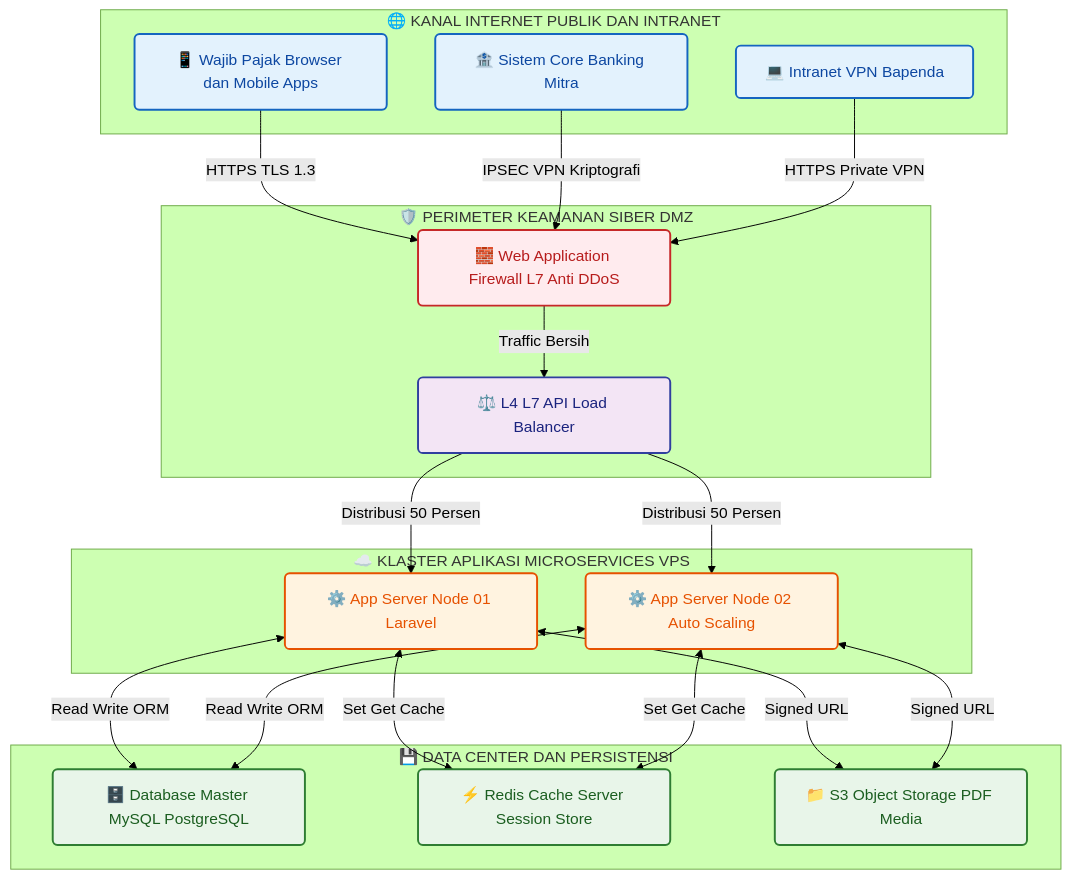
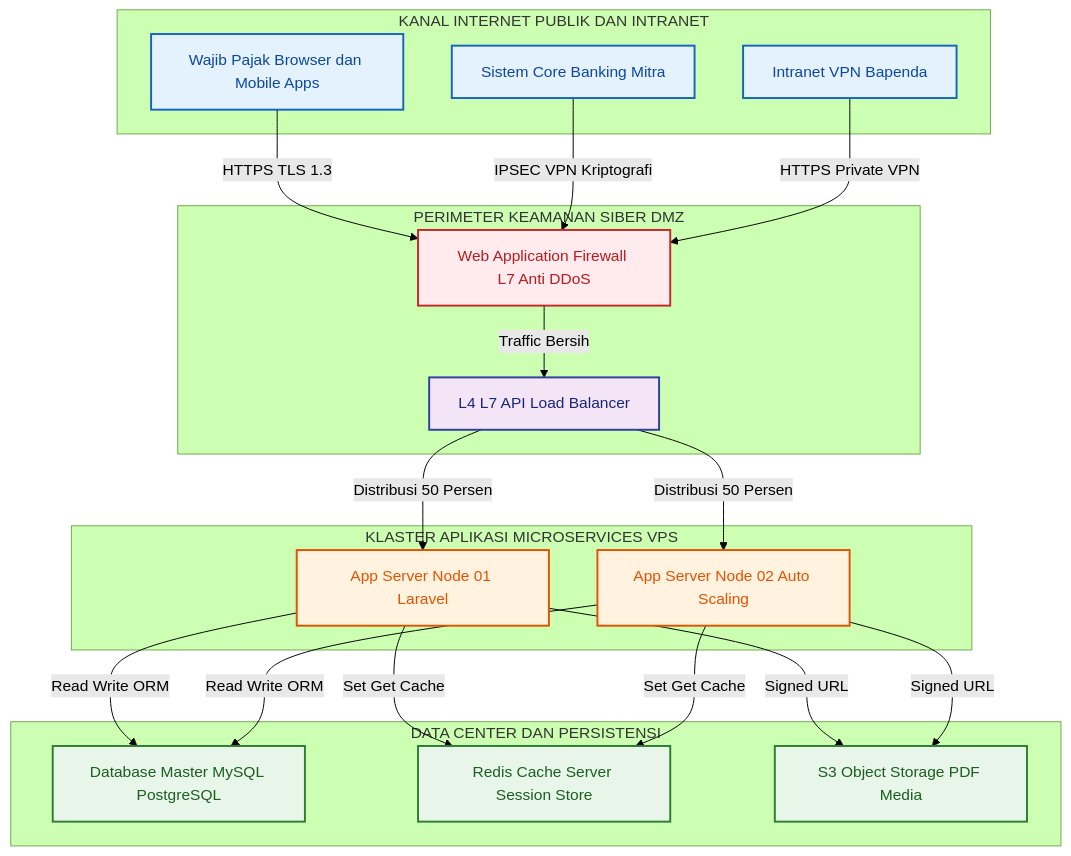
Before and after one commit to arif-rizal1122/retribusi-api: the first of 4 diagrams in docs/Dokumen_Perencanaan_Sistem_Pendapatan_Baubau.md, drawn with Mermaid (forest theme). The commit also changed other lines of this file and 68 other files, not shown here.

Commit message:
Fix mermaid syntax reserved keyword 'end' and bidirectional arrows

```diff
--- a/docs/Dokumen_Perencanaan_Sistem_Pendapatan_Baubau.md
+++ b/docs/Dokumen_Perencanaan_Sistem_Pendapatan_Baubau.md
@@ -85,46 +85,46 @@
-<div class="mermaid">
+<div class="mermaid" style="max-width: 800px; margin: 20px auto;">
 flowchart TD
-    classDef cloud fill:#e3f2fd,stroke:#1565c0,stroke-width:2px,color:#0d47a1,rx:5px,ry:5px
-    classDef server fill:#fff3e0,stroke:#e65100,stroke-width:2px,color:#e65100,rx:5px,ry:5px
-    classDef db fill:#e8f5e9,stroke:#2e7d32,stroke-width:2px,color:#1b5e20,rx:5px,ry:5px
-    classDef firewall fill:#ffebee,stroke:#c62828,stroke-width:2px,color:#b71c1c,rx:5px,ry:5px
-    classDef network fill:#f3e5f5,stroke:#303f9f,stroke-width:2px,color:#1a237e,rx:5px,ry:5px
+    classDef cloud fill:#e3f2fd,stroke:#1565c0,stroke-width:2px,color:#0d47a1
+    classDef server fill:#fff3e0,stroke:#e65100,stroke-width:2px,color:#e65100
+    classDef db fill:#e8f5e9,stroke:#2e7d32,stroke-width:2px,color:#1b5e20
+    classDef firewall fill:#ffebee,stroke:#c62828,stroke-width:2px,color:#b71c1c
+    classDef network fill:#f3e5f5,stroke:#303f9f,stroke-width:2px,color:#1a237e
 
-    subgraph AreaPublik ["🌐 KANAL INTERNET PUBLIK DAN INTRANET"]
-        Warga["📱 Wajib Pajak Browser dan Mobile Apps"]:::cloud
-        Perbankan["🏦 Sistem Core Banking Mitra"]:::cloud
-        Petugas["💻 Intranet VPN Bapenda"]:::cloud
+    subgraph AreaPublik[KANAL INTERNET PUBLIK DAN INTRANET]
+        Warga[Wajib Pajak Browser dan Mobile Apps]:::cloud
+        Perbankan[Sistem Core Banking Mitra]:::cloud
+        Petugas[Intranet VPN Bapenda]:::cloud
     end
 
-    subgraph AreaKeamanan ["🛡️ PERIMETER KEAMANAN SIBER DMZ"]
-        WAF["🧱 Web Application Firewall L7 Anti DDoS"]:::firewall
-        LB["⚖️ L4 L7 API Load Balancer"]:::network
+    subgraph AreaKeamanan[PERIMETER KEAMANAN SIBER DMZ]
+        WAF[Web Application Firewall L7 Anti DDoS]:::firewall
+        LB[L4 L7 API Load Balancer]:::network
     end
 
-    subgraph AreaVPS ["☁️ KLASTER APLIKASI MICROSERVICES VPS"]
-        Node1["⚙️ App Server Node 01 Laravel"]:::server
-        Node2["⚙️ App Server Node 02 Auto Scaling"]:::server
+    subgraph AreaVPS[KLASTER APLIKASI MICROSERVICES VPS]
+        Node1[App Server Node 01 Laravel]:::server
+        Node2[App Server Node 02 Auto Scaling]:::server
     end
 
-    subgraph AreaDB ["💾 DATA CENTER DAN PERSISTENSI"]
-        DBMaster["🗄️ Database Master MySQL PostgreSQL"]:::db
-        Redis["⚡ Redis Cache Server Session Store"]:::db
-        ObjectStorage["📁 S3 Object Storage PDF Media"]:::db
+    subgraph AreaDB[DATA CENTER DAN PERSISTENSI]
+        DBMaster[Database Master MySQL PostgreSQL]:::db
+        Redis[Redis Cache Server Session Store]:::db
+        ObjectStorage[S3 Object Storage PDF Media]:::db
     end
 
     Warga -->|HTTPS TLS 1.3| WAF
     Perbankan -->|IPSEC VPN Kriptografi| WAF
     Petugas -->|HTTPS Private VPN| WAF
 
     WAF -->|Traffic Bersih| LB
     LB -->|Distribusi 50 Persen| Node1
     LB -->|Distribusi 50 Persen| Node2
 
-    Node1 <-->|Read Write ORM| DBMaster
-    Node1 <-->|Set Get Cache| Redis
-    Node1 <-->|Signed URL| ObjectStorage
+    Node1 -->|Read Write ORM| DBMaster
+    Node1 -->|Set Get Cache| Redis
+    Node1 -->|Signed URL| ObjectStorage
 
-    Node2 <-->|Read Write ORM| DBMaster
-    Node2 <-->|Set Get Cache| Redis
-    Node2 <-->|Signed URL| ObjectStorage
+    Node2 -->|Read Write ORM| DBMaster
+    Node2 -->|Set Get Cache| Redis
+    Node2 -->|Signed URL| ObjectStorage
 </div>
```
